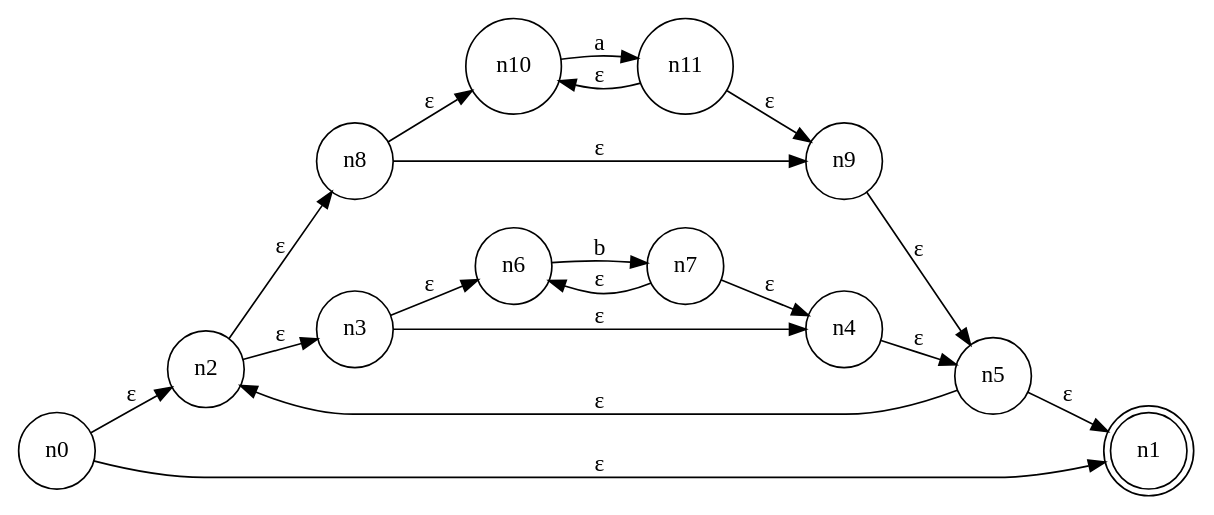
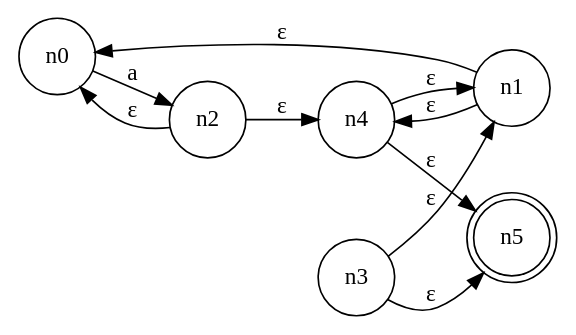
The diagram in thompson_construction/output.dot (LocalPiper/compiler-shenanigans), drawn with Graphviz before and after one commit. The commit also changed 7 other files, not shown here.

```diff
--- a/thompson_construction/output.dot
+++ b/thompson_construction/output.dot
@@ -1,33 +1,18 @@
 digraph DFA {
   rankdir=LR;
   n0 [shape=circle, label="n0"];
-  n0 -> n2 [label="ε"];
-  n0 -> n1 [label="ε"];
+  n1 [shape=circle, label="n1"];
   n2 [shape=circle, label="n2"];
-  n2 -> n8 [label="ε"];
-  n2 -> n3 [label="ε"];
-  n8 [shape=circle, label="n8"];
-  n8 -> n10 [label="ε"];
-  n8 -> n9 [label="ε"];
-  n10 [shape=circle, label="n10"];
-  n10 -> n11 [label="a"];
-  n11 [shape=circle, label="n11"];
-  n11 -> n10 [label="ε"];
-  n11 -> n9 [label="ε"];
-  n9 [shape=circle, label="n9"];
-  n9 -> n5 [label="ε"];
-  n5 [shape=circle, label="n5"];
-  n5 -> n2 [label="ε"];
-  n5 -> n1 [label="ε"];
-  n1 [shape=doublecircle, label="n1"];
   n3 [shape=circle, label="n3"];
-  n3 -> n6 [label="ε"];
-  n3 -> n4 [label="ε"];
-  n6 [shape=circle, label="n6"];
-  n6 -> n7 [label="b"];
-  n7 [shape=circle, label="n7"];
-  n7 -> n6 [label="ε"];
-  n7 -> n4 [label="ε"];
   n4 [shape=circle, label="n4"];
+  n5 [shape=doublecircle, label="n5"];
+  n0 -> n2 [label="a"];
+  n1 -> n4 [label="ε"];
+  n1 -> n0 [label="ε"];
+  n2 -> n4 [label="ε"];
+  n2 -> n0 [label="ε"];
+  n3 -> n5 [label="ε"];
+  n3 -> n1 [label="ε"];
   n4 -> n5 [label="ε"];
+  n4 -> n1 [label="ε"];
 }
```
